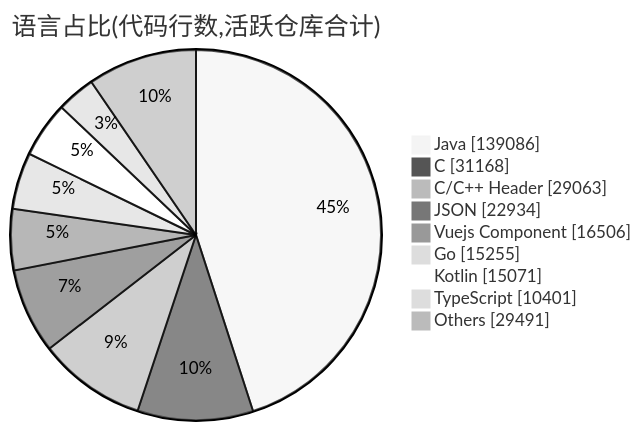
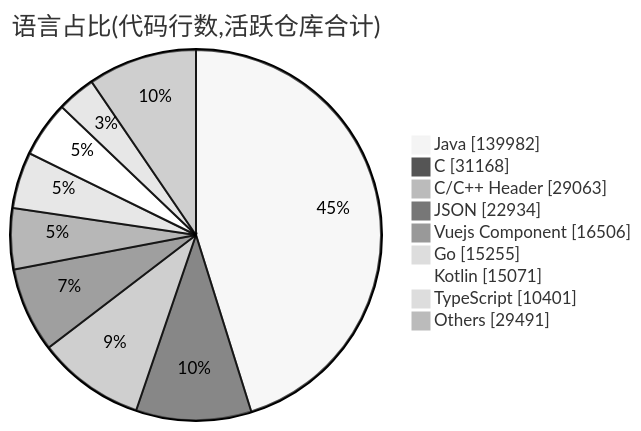
The second of 2 diagrams in profile/README.md (Conflux-Union/.github), drawn with Mermaid (neutral theme) before and after one commit. The commit also changed other lines of this file and 1 other file, not shown here.

````diff
--- a/profile/README.md
+++ b/profile/README.md
@@ -79,13 +79,13 @@
 ```mermaid
 pie showData
     title 语言占比(代码行数,活跃仓库合计)
-    "Java" : 139086
+    "Java" : 139982
     "C" : 31168
     "C/C++ Header" : 29063
     "JSON" : 22934
     "Vuejs Component" : 16506
     "Go" : 15255
     "Kotlin" : 15071
     "TypeScript" : 10401
     "Others" : 29491
 ```
````
